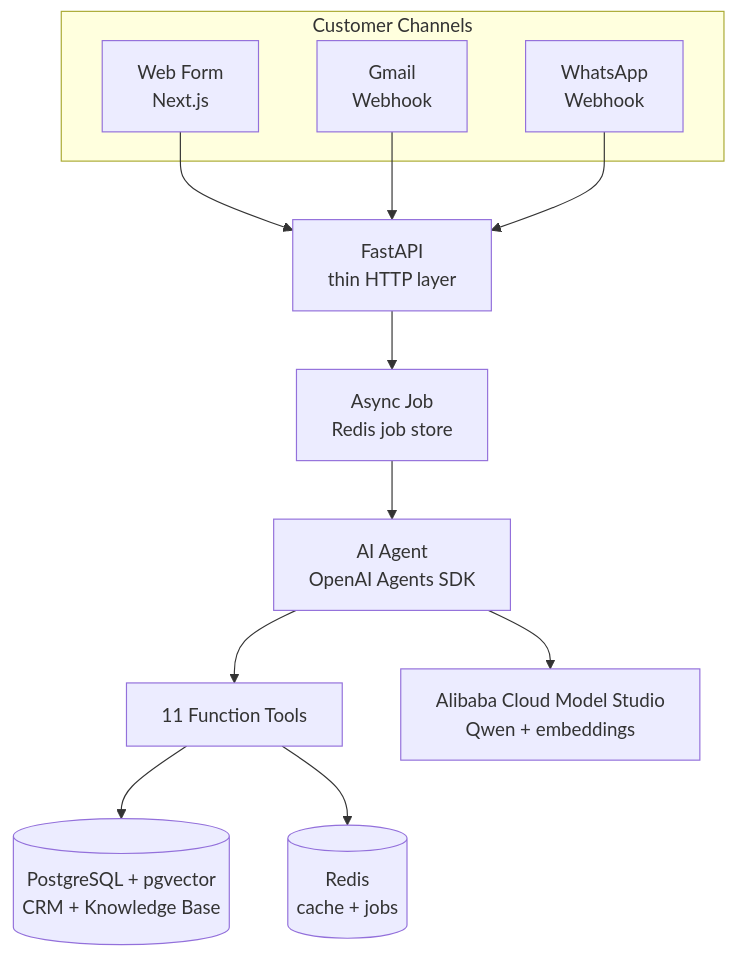
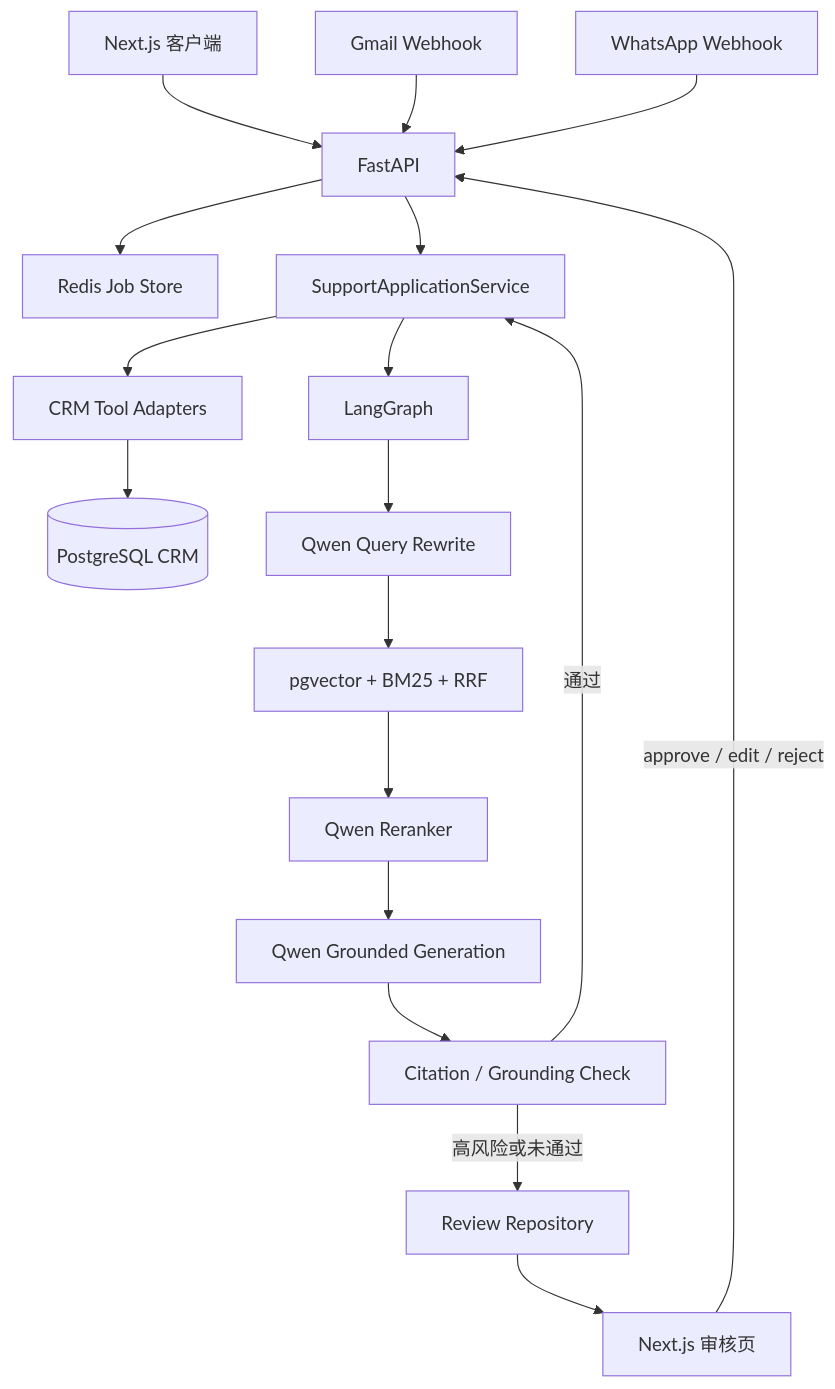
Before and after one commit to SADASEWAS3W/GroundDesk-AI: the diagram in README.md, drawn with Mermaid. The commit also changed other lines of this file and 54 other files, not shown here.

Commit message:
feat: complete agent review and evaluation workflow

````diff
--- a/README.md
+++ b/README.md
@@ -104,17 +13,20 @@
 ```mermaid
 flowchart TD
-    subgraph Channels["Customer Channels"]
-        W[Web Form<br/>Next.js]
-        G[Gmail<br/>Webhook]
-        WA[WhatsApp<br/>Webhook]
-    end
-
-    W & G & WA --> API[FastAPI<br/>thin HTTP layer]
-    API --> JOB[Async Job<br/>Redis job store]
-    JOB --> AGENT[AI Agent<br/>OpenAI Agents SDK]
-    AGENT --> TOOLS[11 Function Tools]
-
-    TOOLS --> PG[(PostgreSQL + pgvector<br/>CRM + Knowledge Base)]
-    TOOLS --> RD[(Redis<br/>cache + jobs)]
-    AGENT --> OAI[Alibaba Cloud Model Studio<br/>Qwen + embeddings]
+    WEB[Next.js 客户端] --> API[FastAPI]
+    GMAIL[Gmail Webhook] --> API
+    WA[WhatsApp Webhook] --> API
+    API --> JOB[Redis Job Store]
+    API --> APP[SupportApplicationService]
+    APP --> TOOLS[CRM Tool Adapters]
+    TOOLS --> PG[(PostgreSQL CRM)]
+    APP --> GRAPH[LangGraph]
+    GRAPH --> REWRITE[Qwen Query Rewrite]
+    REWRITE --> RETRIEVAL[pgvector + BM25 + RRF]
+    RETRIEVAL --> RERANK[Qwen Reranker]
+    RERANK --> GENERATE[Qwen Grounded Generation]
+    GENERATE --> CHECK[Citation / Grounding Check]
+    CHECK -->|通过| APP
+    CHECK -->|高风险或未通过| REVIEW[Review Repository]
+    REVIEW --> ADMIN[Next.js 审核页]
+    ADMIN -->|approve / edit / reject| API
 ```
````
